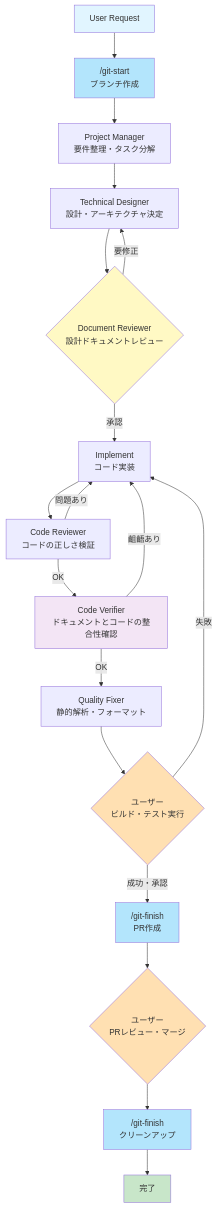
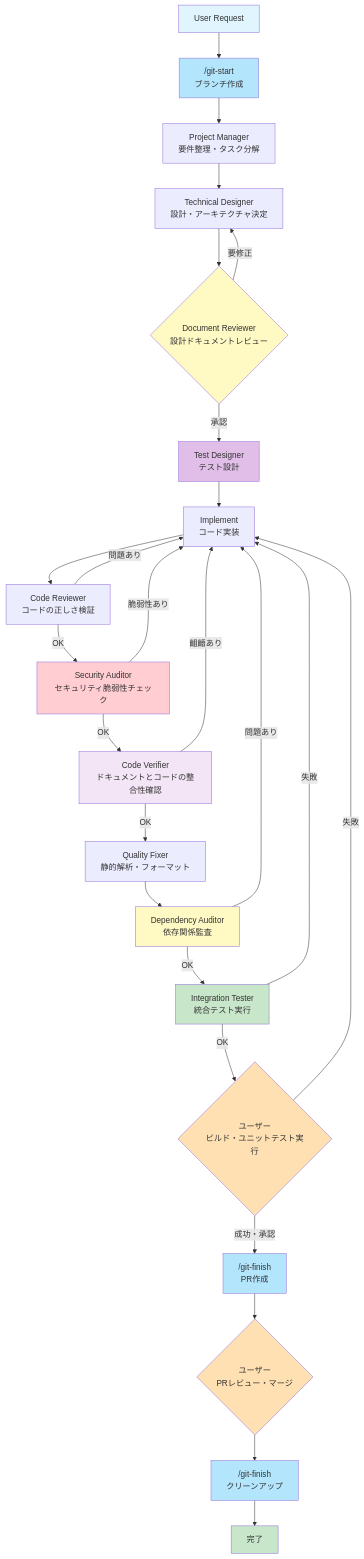
One commit to rabbit34x/claude-code-settings changed the diagram in WORKFLOW.md. Above: the diagram before and after it, drawn with Mermaid. The commit also changed other lines of this file and 7 other files, not shown here.

First line of the commit message:
Add four new workflow agents: Security Auditor, Test Designer, Dependency Auditor, and Integration Tester

````diff
--- a/WORKFLOW.md
+++ b/WORKFLOW.md
@@ -28,37 +29,51 @@
 ```mermaid
 graph TB
     Start[User Request] --> GitStart["/git-start<br/>ブランチ作成"]
     GitStart --> PM[Project Manager<br/>要件整理・タスク分解]
     PM --> TD[Technical Designer<br/>設計・アーキテクチャ決定]
 
     TD --> DR{Document Reviewer<br/>設計ドキュメントレビュー}
     DR -->|要修正| TD
 
-    DR -->|承認| Impl[Implement<br/>コード実装]
+    DR -->|承認| TestDesigner[Test Designer<br/>テスト設計]
+    TestDesigner --> Impl[Implement<br/>コード実装]
 
     Impl --> CR[Code Reviewer<br/>コードの正しさ検証]
     CR -->|問題あり| Impl
 
-    CR -->|OK| Verifier[Code Verifier<br/>ドキュメントとコードの整合性確認]
+    CR -->|OK| SA[Security Auditor<br/>セキュリティ脆弱性チェック]
+    SA -->|脆弱性あり| Impl
+
+    SA -->|OK| Verifier[Code Verifier<br/>ドキュメントとコードの整合性確認]
     Verifier -->|齟齬あり| Impl
 
     Verifier -->|OK| QF[Quality Fixer<br/>静的解析・フォーマット]
 
-    QF --> User{ユーザー<br/>ビルド・テスト実行}
+    QF --> DA[Dependency Auditor<br/>依存関係監査]
+    DA -->|問題あり| Impl
+
+    DA -->|OK| IT[Integration Tester<br/>統合テスト実行]
+    IT -->|失敗| Impl
+
+    IT -->|OK| User{ユーザー<br/>ビルド・ユニットテスト実行}
     User -->|失敗| Impl
     User -->|成功・承認| GitFinishPR["/git-finish<br/>PR作成"]
 
     GitFinishPR --> Review{ユーザー<br/>PRレビュー・マージ}
     Review --> GitFinishClean["/git-finish<br/>クリーンアップ"]
     GitFinishClean --> Done[完了]
 
     style Start fill:#e1f5ff
     style Done fill:#c8e6c9
     style DR fill:#fff9c4
     style User fill:#ffe0b2
     style Review fill:#ffe0b2
     style Verifier fill:#f3e5f5
     style GitStart fill:#b3e5fc
     style GitFinishPR fill:#b3e5fc
     style GitFinishClean fill:#b3e5fc
+    style SA fill:#ffcdd2
+    style DA fill:#fff9c4
+    style IT fill:#c8e6c9
+    style TestDesigner fill:#e1bee7
 ```
````
